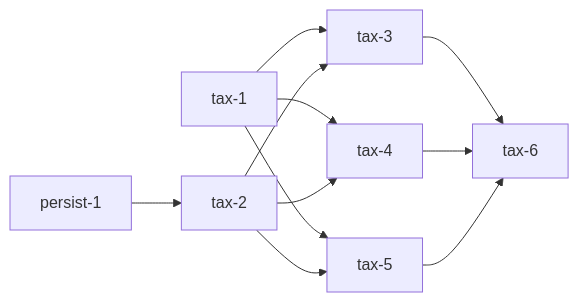
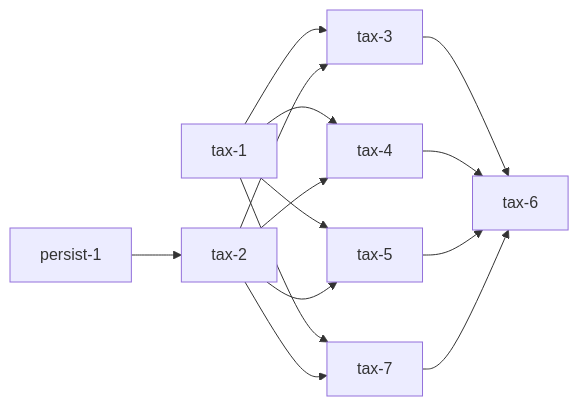
One commit to JustinMonty20/landman changed the diagram in plans/tax-data-ingest.md. Above: the diagram before and after it, drawn with Mermaid. The commit also changed other lines of this file and 1 other file, not shown here.

````diff
--- a/plans/tax-data-ingest.md
+++ b/plans/tax-data-ingest.md
@@ -42,13 +42,16 @@
 ```mermaid
 flowchart LR
   persist1[persist-1] --> tax2[tax-2]
   tax1[tax-1] --> tax3[tax-3]
   tax1 --> tax4[tax-4]
   tax1 --> tax5[tax-5]
+  tax1 --> tax7[tax-7]
   tax2 --> tax3
   tax2 --> tax4
   tax2 --> tax5
+  tax2 --> tax7
   tax3 --> tax6[tax-6]
   tax4 --> tax6
   tax5 --> tax6
+  tax7 --> tax6
 ```
````
